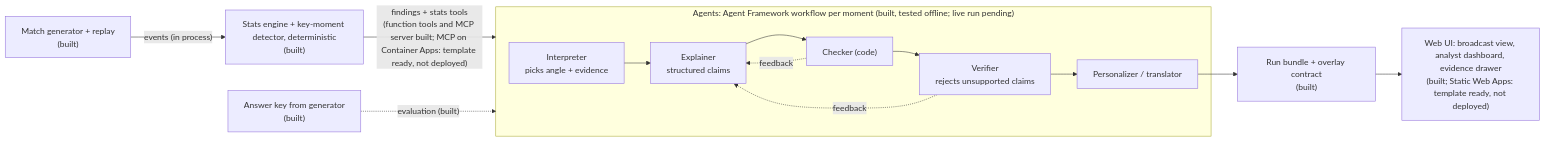
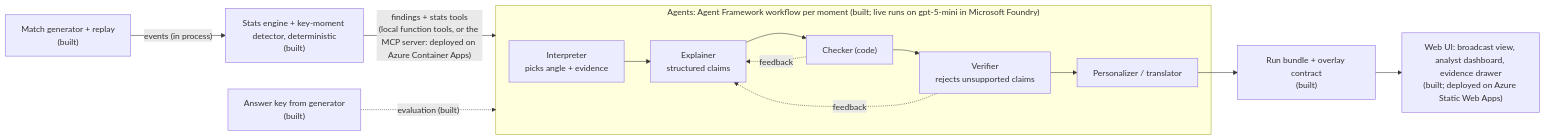
Before and after one commit to rahmanshah/pitchside-developer-hackathon: the diagram in docs/ARCHITECTURE.md, drawn with Mermaid. The commit also changed other lines of this file and 6 other files, not shown here.

````diff
--- a/docs/ARCHITECTURE.md
+++ b/docs/ARCHITECTURE.md
@@ -5,16 +6,16 @@
 ```mermaid
 flowchart LR
     G["Match generator + replay<br/>(built)"] -->|"events (in process)"| S["Stats engine + key-moment detector, deterministic<br/>(built)"]
-    S -->|"findings + stats tools<br/>(function tools and MCP server built; MCP on Container Apps: template ready, not deployed)"| A
-    subgraph A["Agents: Agent Framework workflow per moment (built, tested offline; live run pending)"]
+    S -->|"findings + stats tools<br/>(local function tools, or the MCP server: deployed on Azure Container Apps)"| A
+    subgraph A["Agents: Agent Framework workflow per moment (built; live runs on gpt-5-mini in Microsoft Foundry)"]
         I["Interpreter<br/>picks angle + evidence"] --> E["Explainer<br/>structured claims"]
         E --> C["Checker (code)"]
         C --> V["Verifier<br/>rejects unsupported claims"]
         V --> P["Personalizer / translator"]
         C -. feedback .-> E
         V -. feedback .-> E
     end
     P --> R["Run bundle + overlay contract<br/>(built)"]
-    R --> UI["Web UI: broadcast view, analyst dashboard, evidence drawer<br/>(built; Static Web Apps: template ready, not deployed)"]
+    R --> UI["Web UI: broadcast view, analyst dashboard, evidence drawer<br/>(built; deployed on Azure Static Web Apps)"]
     K["Answer key from generator<br/>(built)"] -.->|"evaluation (built)"| A
 ```
````
